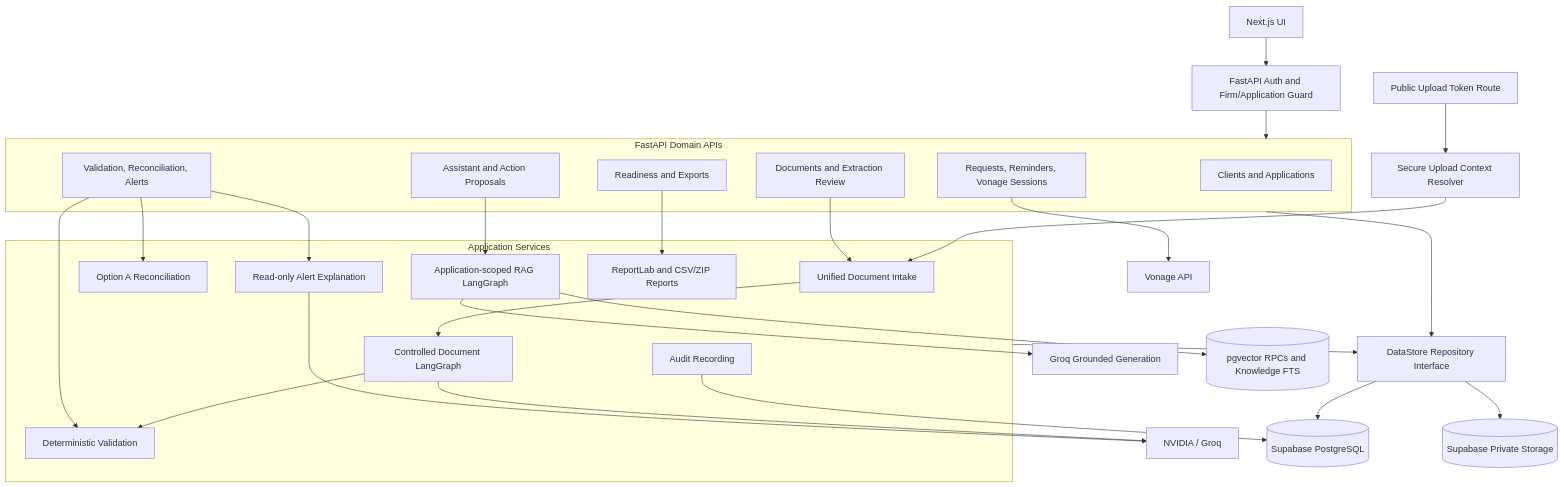
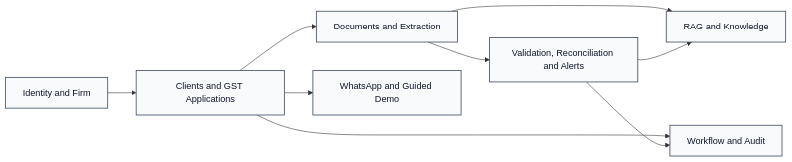
One commit to SiddharajShirke/obliq-gst-readiness-copilot changed the third of 11 diagrams in README.md. Above: the diagram before and after it, drawn with Mermaid. The commit also changed other lines of this file, not shown here.

Commit message:
docs: explain free-tier processing and simplify diagrams

````diff
--- a/README.md
+++ b/README.md
@@ -309,48 +320,20 @@
 ```mermaid
-flowchart TB
-    UI[Next.js UI] --> AuthGuard[FastAPI Auth and Firm/Application Guard]
-    PublicUpload[Public Upload Token Route] --> TokenGuard[Secure Upload Context Resolver]
+flowchart LR
+    Identity[Identity and Firm]
+    Work[Clients and GST Applications]
+    Documents[Documents and Extraction]
+    Compliance[Validation, Reconciliation and Alerts]
+    Messaging[WhatsApp and Guided Demo]
+    Knowledge[RAG and Knowledge]
+    Trace[Workflow and Audit]
 
-    AuthGuard --> APIs
-    TokenGuard --> Intake
+    Identity --> Work --> Documents --> Compliance
+    Work --> Messaging
+    Documents --> Knowledge
+    Compliance --> Knowledge
+    Work --> Trace
+    Compliance --> Trace
 
-    subgraph APIs[FastAPI Domain APIs]
-        Clients[Clients and Applications]
-        Messaging[Requests, Reminders, Vonage Sessions]
-        Documents[Documents and Extraction Review]
-        Compliance[Validation, Reconciliation, Alerts]
-        Assistant[Assistant and Action Proposals]
-        ExportAPI[Readiness and Exports]
-    end
-
-    subgraph Services[Application Services]
-        Intake[Unified Document Intake]
-        Processing[Controlled Document LangGraph]
-        Validator[Deterministic Validation]
-        Matcher[Option A Reconciliation]
-        AlertAI[Read-only Alert Explanation]
-        RagGraph[Application-scoped RAG LangGraph]
-        ReportService[ReportLab and CSV/ZIP Reports]
-        AuditService[Audit Recording]
-    end
-
-    Documents --> Intake
-    Intake --> Processing
-    Processing --> Validator
-    Compliance --> Validator
-    Compliance --> Matcher
-    Compliance --> AlertAI
-    Assistant --> RagGraph
-    ExportAPI --> ReportService
-    Messaging --> Vonage[Vonage API]
-    Processing --> AI[NVIDIA / Groq]
-    AlertAI --> AI
-    RagGraph --> Groq[Groq Grounded Generation]
-
-    Services --> Repository[DataStore Repository Interface]
-    APIs --> Repository
-    Repository --> Postgres[(Supabase PostgreSQL)]
-    Repository --> Storage[(Supabase Private Storage)]
-    RagGraph --> Vector[(pgvector RPCs and Knowledge FTS)]
-    AuditService --> Postgres
+    classDef domain fill:#f8fafc,stroke:#475569,color:#0f172a,stroke-width:1.5px;
+    class Identity,Work,Documents,Compliance,Messaging,Knowledge,Trace domain;
 ```
````
